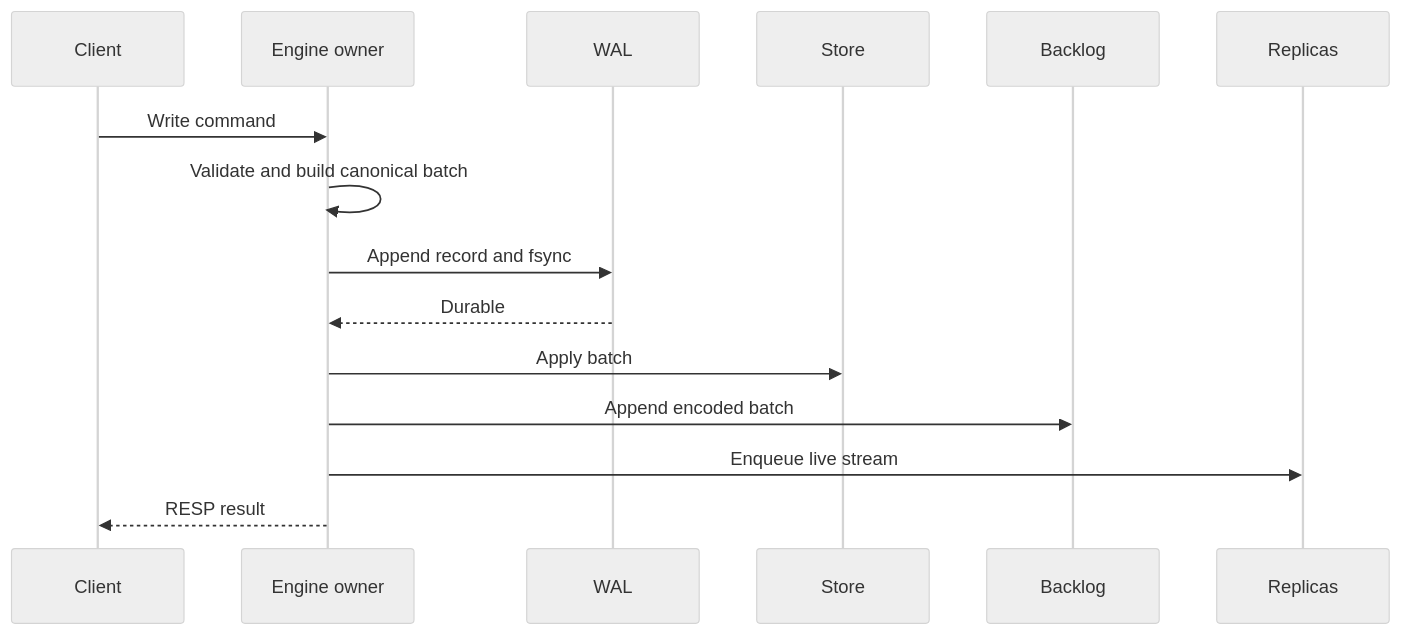
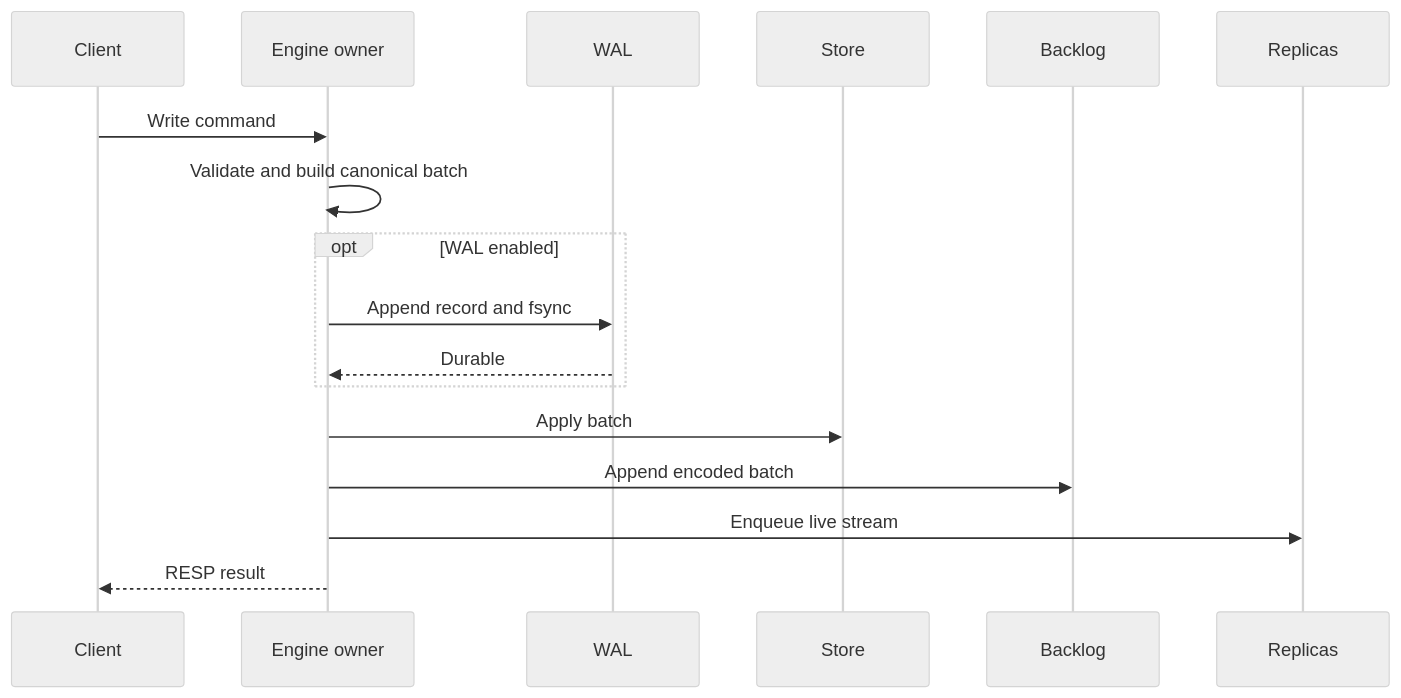
One commit to nolannguyen1212/memkv changed the third of 4 diagrams in README.md. Above: the diagram before and after it, drawn with Mermaid (neutral theme). The commit also changed other lines of this file, not shown here.

Commit message:
docs: refine architecture and benchmark guidance

````diff
--- a/README.md
+++ b/README.md
@@ -95,18 +95,20 @@
 ```mermaid
 sequenceDiagram
     participant C as Client
     participant E as Engine owner
     participant W as WAL
     participant M as Store
     participant B as Backlog
     participant R as Replicas
 
     C->>E: Write command
     E->>E: Validate and build canonical batch
-    E->>W: Append record and fsync
-    W-->>E: Durable
+    opt WAL enabled
+        E->>W: Append record and fsync
+        W-->>E: Durable
+    end
     E->>M: Apply batch
     E->>B: Append encoded batch
     E->>R: Enqueue live stream
     E-->>C: RESP result
 ```
````
